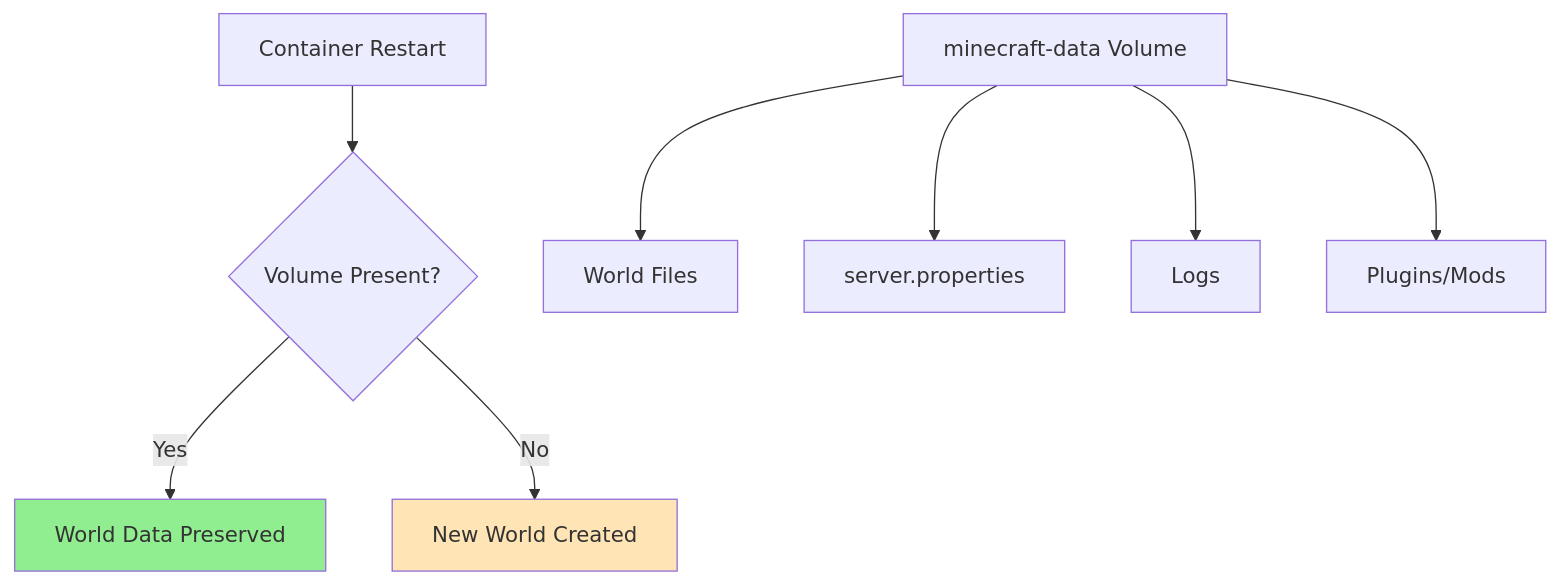
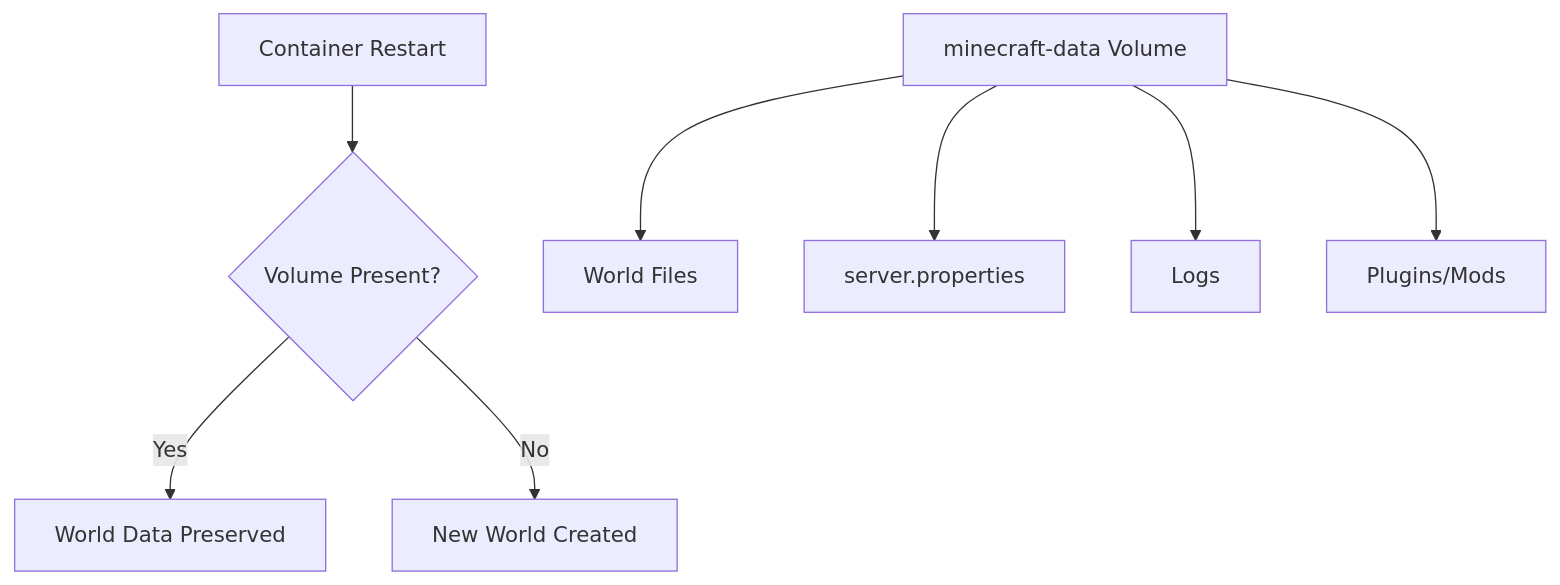
Before and after one commit to 4gh0rn/dev-blog: the fifth of 9 diagrams in docs/projects/minecraft-server.md, drawn with Mermaid. The commit also changed other lines of this file and 17 other files, not shown here.

````diff
--- a/docs/projects/minecraft-server.md
+++ b/docs/projects/minecraft-server.md
@@ -160,14 +148,11 @@
 ```mermaid
 graph TB
     A[Container Restart] --> B{Volume Present?}
     B -->|Yes| C[World Data Preserved]
     B -->|No| D[New World Created]
     
     E[minecraft-data Volume] --> E1[World Files]
     E --> E2[server.properties]
     E --> E3[Logs]
     E --> E4[Plugins/Mods]
-    
-    style C fill:#90EE90
-    style D fill:#FFE4B5
 ```
````
